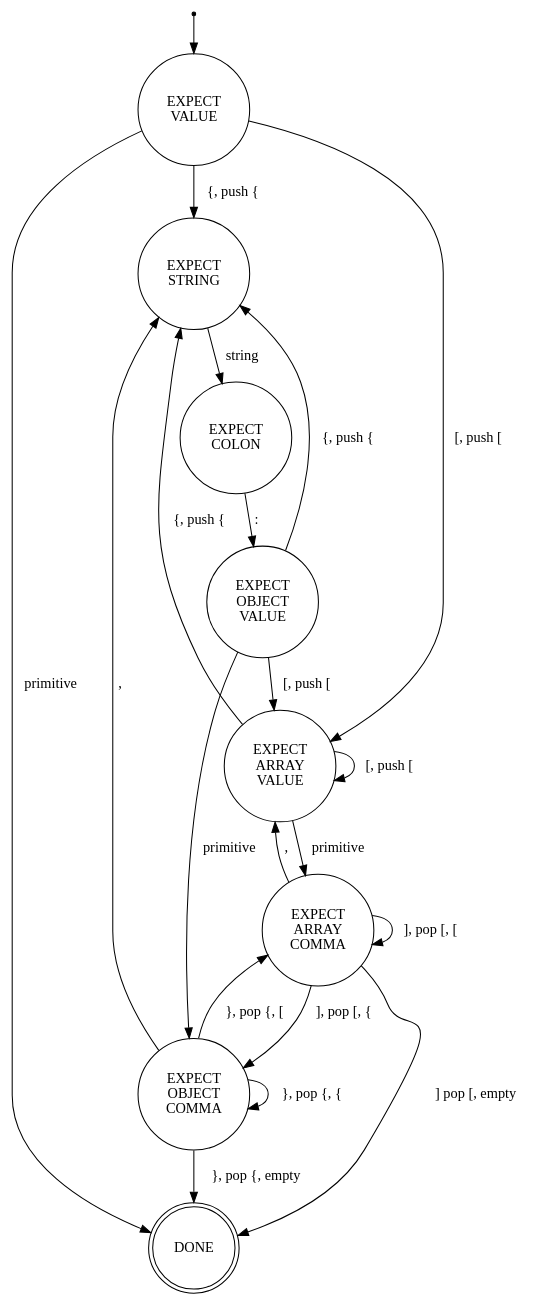
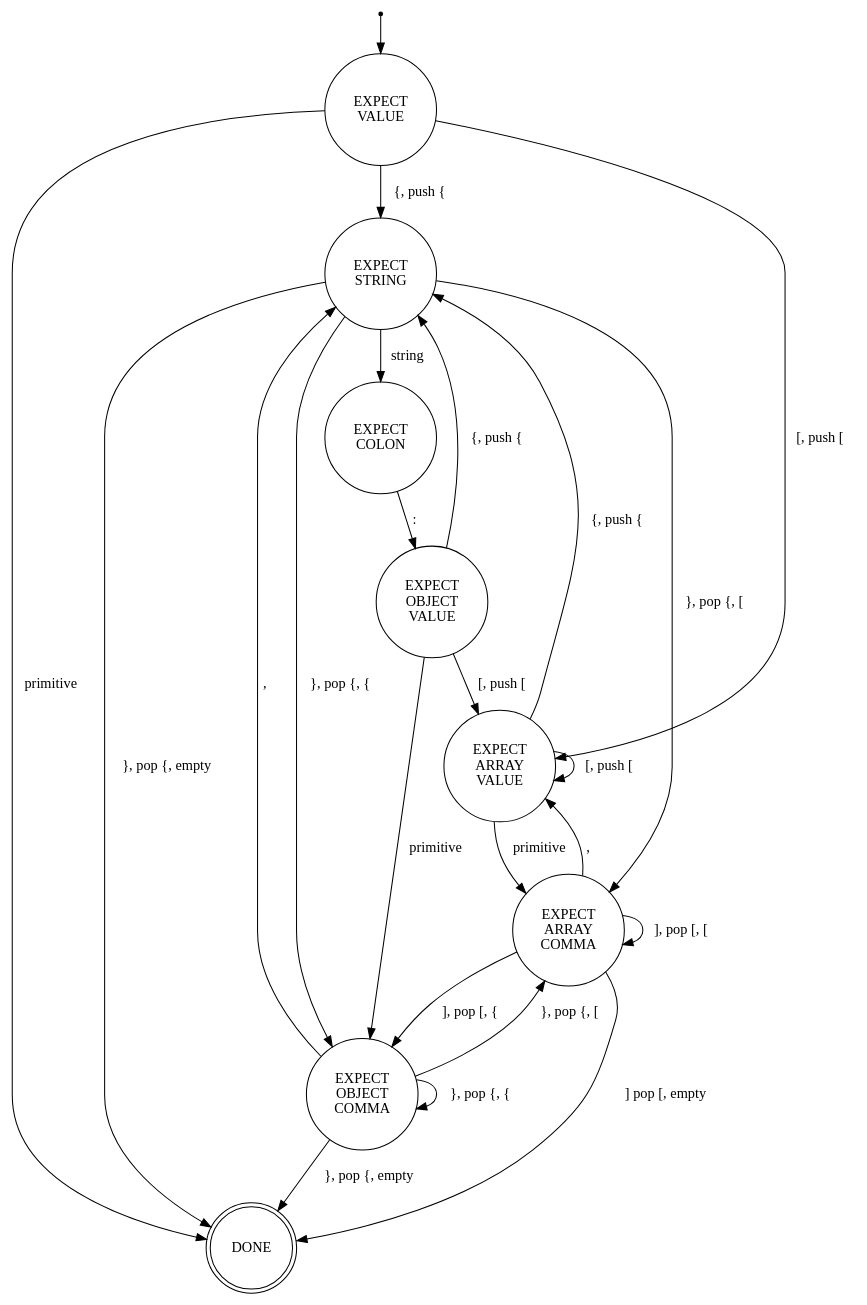
The diagram in doc/syntax-parser-fsm.dot (ivochkin/embedjson), drawn with Graphviz before and after one commit. The commit also changed 1 other file, not shown here.

Commit message:
parser: Fix empty object handling

```diff
--- a/doc/syntax-parser-fsm.dot
+++ b/doc/syntax-parser-fsm.dot
@@ -1,54 +1,59 @@
 /*
- * Embedjson syntax parser Finite State Machine transitions diagram.
+ * Embedjson syntax parser Pushdown Automaton [1] transitions diagram.
  *
  * Label syntax " {, push { " means "If input symbol is {, then
  * push { onto the stack and follow this transition".
  *
  * Label syntax " ], pop [, { " means "If input symbol is ], then
  * ensure that top element of the stack is [, pop it, and if the
  * pop element of the stack is now { follow this transition".
  *
  * Transition induced by the "primitive" symbol are ones that
  * are made when one of the following tokens is encountered:
  * - string
  * - number
  * - true
  * - false
  * - null
+ *
+ * [1] https://en.wikipedia.org/wiki/Pushdown_automaton
  */
 digraph finite_state_machine {
   node [shape = point ]; entry
 
   node [shape=doublecircle label="DONE"] done;
 
   node [shape=circle label="EXPECT\nVALUE"] expect_value;
   node [label="EXPECT\nSTRING"] expect_string;
   node [label="EXPECT\nCOLON"] expect_colon;
   node [label="EXPECT\nOBJECT\nCOMMA"] expect_object_comma;
   node [label="EXPECT\nOBJECT\nVALUE"] expect_object_value;
   node [label="EXPECT\nARRAY\nVALUE"] expect_array_value;
   node [label="EXPECT\nARRAY\nCOMMA"] expect_array_comma;
 
   entry -> expect_value;
 
   expect_value -> expect_string [label=" {, push { "];
   expect_value -> done [label=" primitive "];
   expect_string -> expect_colon [label=" string "];
+  expect_string -> done [label=" }, pop {, empty "];
+  expect_string -> expect_object_comma [label=" }, pop {, { "];
+  expect_string -> expect_array_comma [label=" }, pop {, [ "];
   expect_colon -> expect_object_value [label=" : "];
   expect_object_value -> expect_object_comma [label=" primitive "];
   expect_object_value -> expect_string [label=" {, push { "];
   expect_object_value -> expect_array_value [label=" [, push [ "];
   expect_object_comma -> expect_string [label=" , "];
   expect_object_comma -> done [label=" }, pop {, empty "];
   expect_object_comma -> expect_object_comma [label=" }, pop {, { "];
   expect_object_comma -> expect_array_comma [label=" }, pop {, [ "];
 
   expect_value -> expect_array_value [label=" [, push [ "];
   expect_array_value -> expect_array_comma [label=" primitive "];
   expect_array_value -> expect_array_value [label=" [, push [ "];
   expect_array_value -> expect_string [label= " {, push { "];
   expect_array_comma -> expect_array_value [label=" , "];
   expect_array_comma -> done [label=" ] pop [, empty "];
   expect_array_comma -> expect_array_comma [label=" ], pop [, [ "];
   expect_array_comma -> expect_object_comma [label=" ], pop [, { "];
 }
```
